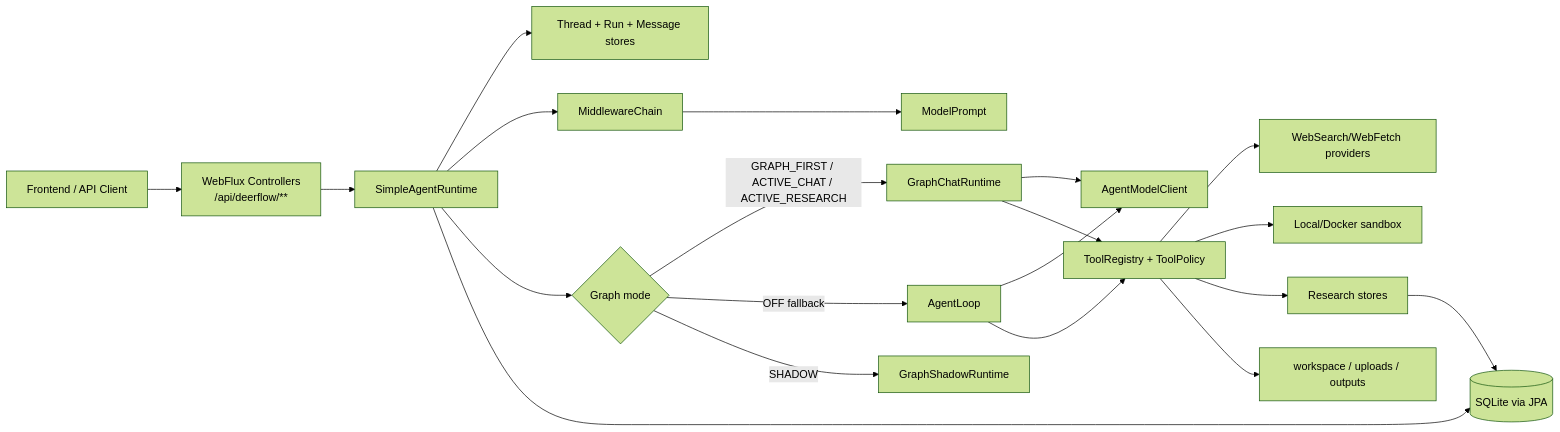
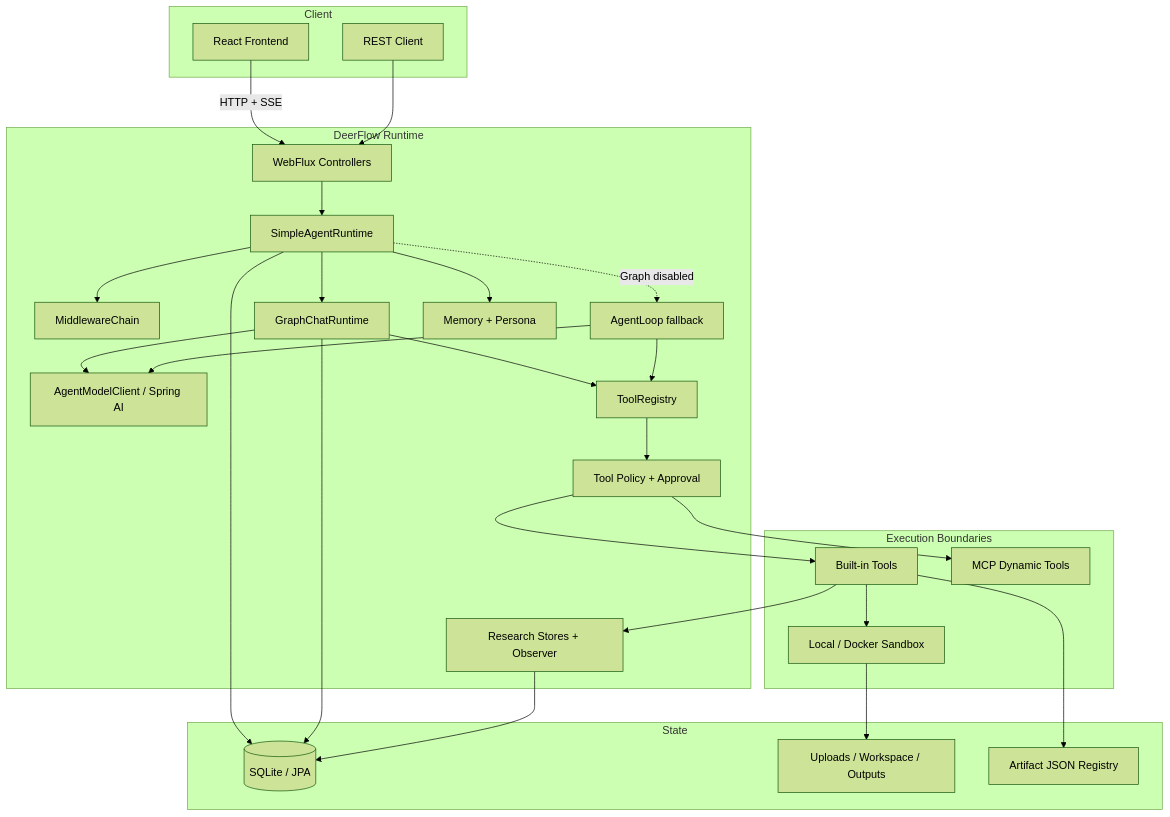
One commit to AarenWang/haifa-ai-deerflow changed the diagram in deerflow/docs/architecture.md. Above: the diagram before and after it, drawn with Mermaid (forest theme). The commit also changed other lines of this file and 4 other files, not shown here.

Commit message:
docs: document runtime architecture and capabilities

````diff
--- a/deerflow/docs/architecture.md
+++ b/deerflow/docs/architecture.md
@@ -21,22 +19,54 @@
 ```mermaid
-flowchart LR
-    Client[Frontend / API Client] --> Web[WebFlux Controllers\n/api/deerflow/**]
-    Web --> Runtime[SimpleAgentRuntime]
-    Runtime --> ThreadRun[Thread + Run + Message stores]
-    Runtime --> Middleware[MiddlewareChain]
-    Runtime --> Route{Graph mode}
-    Route -->|GRAPH_FIRST / ACTIVE_CHAT / ACTIVE_RESEARCH| ChatGraph[GraphChatRuntime]
-    Route -->|OFF fallback| AgentLoop[AgentLoop]
-    Route -->|SHADOW| Shadow[GraphShadowRuntime]
-    Middleware --> Prompt[ModelPrompt]
-    ChatGraph --> Model[AgentModelClient]
-    AgentLoop --> Model
-    ChatGraph --> Tools[ToolRegistry + ToolPolicy]
-    AgentLoop --> Tools
-    Tools --> Providers[WebSearch/WebFetch providers]
-    Tools --> Sandbox[Local/Docker sandbox]
-    Tools --> ResearchStores[Research stores]
-    Runtime --> SQLite[(SQLite via JPA)]
-    ResearchStores --> SQLite
-    Tools --> Files[workspace / uploads / outputs]
+flowchart TB
+    subgraph Client["Client"]
+        UI["React Frontend"]
+        APIClient["REST Client"]
+    end
+
+    subgraph App["DeerFlow Runtime"]
+        Web["WebFlux Controllers"]
+        Runtime["SimpleAgentRuntime"]
+        Middleware["MiddlewareChain"]
+        Graph["GraphChatRuntime"]
+        Legacy["AgentLoop fallback"]
+        Model["AgentModelClient / Spring AI"]
+        Catalog["ToolRegistry"]
+        Policy["Tool Policy + Approval"]
+        Research["Research Stores + Observer"]
+        Memory["Memory + Persona"]
+    end
+
+    subgraph Execution["Execution Boundaries"]
+        Builtin["Built-in Tools"]
+        MCP["MCP Dynamic Tools"]
+        Sandbox["Local / Docker Sandbox"]
+    end
+
+    subgraph State["State"]
+        SQLite[("SQLite / JPA")]
+        UserData["Uploads / Workspace / Outputs"]
+        Artifact["Artifact JSON Registry"]
+    end
+
+    UI -->|"HTTP + SSE"| Web
+    APIClient --> Web
+    Web --> Runtime
+    Runtime --> Middleware
+    Runtime --> Graph
+    Runtime -. "Graph disabled" .-> Legacy
+    Graph --> Model
+    Legacy --> Model
+    Graph --> Catalog
+    Legacy --> Catalog
+    Catalog --> Policy
+    Policy --> Builtin
+    Policy --> MCP
+    Builtin --> Sandbox
+    Builtin --> Research
+    Runtime --> Memory
+    Runtime --> SQLite
+    Graph --> SQLite
+    Research --> SQLite
+    Sandbox --> UserData
+    Builtin --> Artifact
 ```
````
